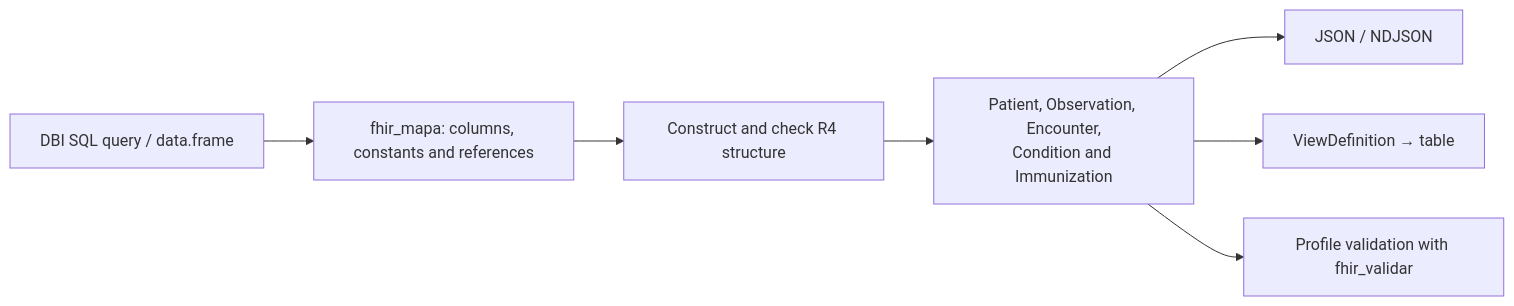
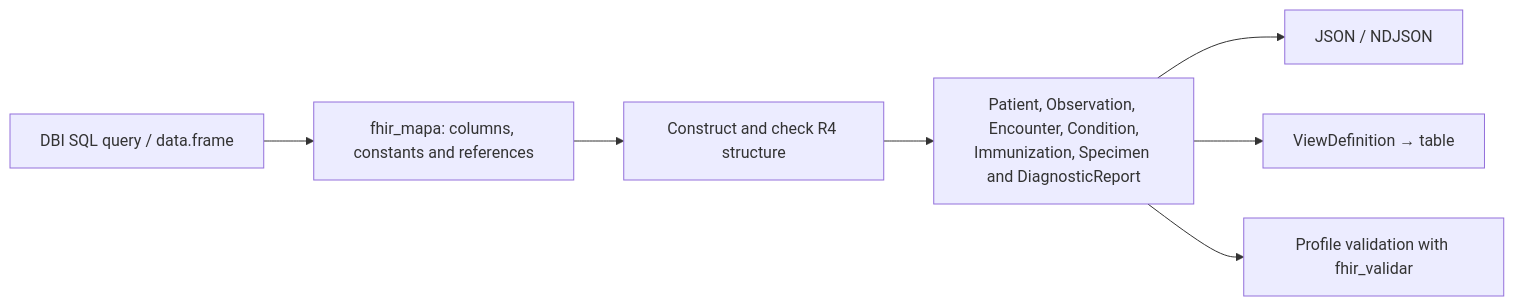
One commit to f-slg/fhirviews changed the ninth of 10 diagrams in README.en.md. Above: the diagram before and after it, drawn with Mermaid. The commit also changed other lines of this file and 41 other files, not shown here.

Commit message:
Add Specimen and DiagnosticReport R4 constructors with optional Rust component

````diff
--- a/README.en.md
+++ b/README.en.md
@@ -659,9 +664,9 @@
 ```mermaid
 flowchart LR
     DB["DBI SQL query / data.frame"] --> M["fhir_mapa: columns, constants and references"]
     M --> CHECK["Construct and check R4 structure"]
-    CHECK --> R["Patient, Observation, Encounter,<br/>Condition and Immunization"]
+    CHECK --> R["Patient, Observation, Encounter, Condition,<br/>Immunization, Specimen and DiagnosticReport"]
     R --> J["JSON / NDJSON"]
     R --> V["ViewDefinition → table"]
     R --> C["Profile validation with fhir_validar"]
 ```
````
